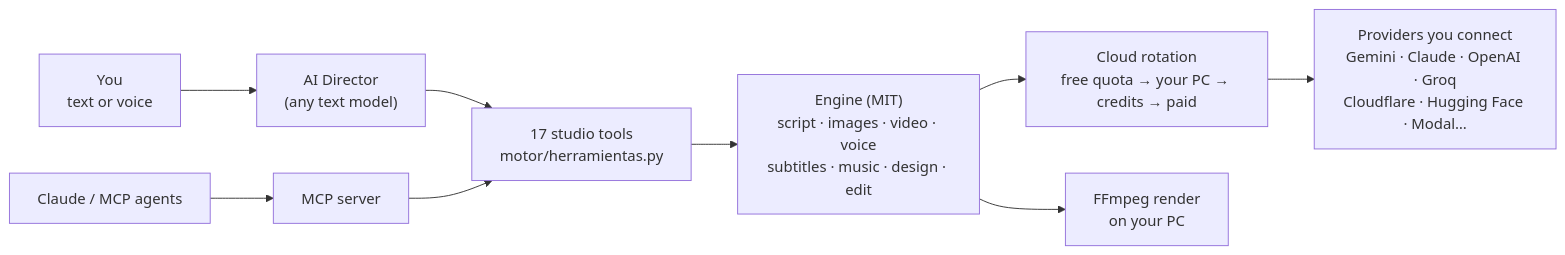
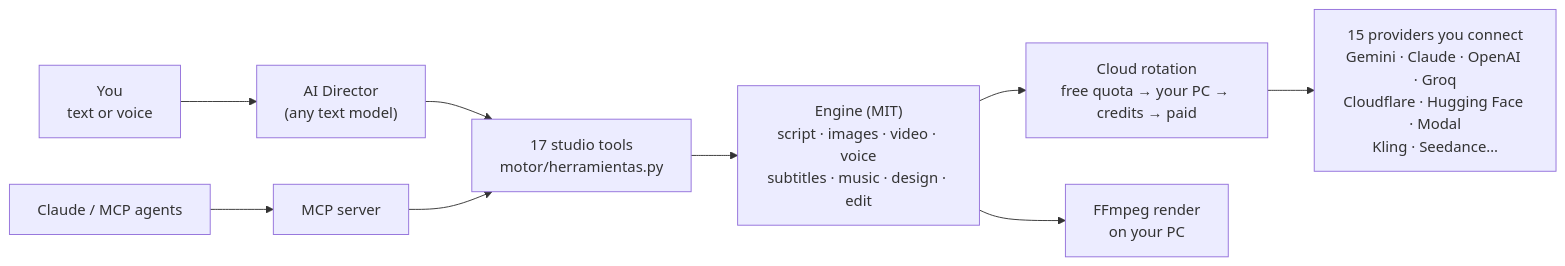
Before and after one commit to santo29/rafaga-studio: the diagram in README.md, drawn with Mermaid. The commit also changed other lines of this file and 28 other files, not shown here.

First line of the commit message:
Kling y Seedance (video de pago) en todo el estudio, y el MCP pregunta antes de gastar

````diff
--- a/README.md
+++ b/README.md
@@ -83,11 +83,11 @@
 ```mermaid
 flowchart LR
     U["You<br/>text or voice"] --> D["AI Director<br/>(any text model)"]
     C["Claude / MCP agents"] --> M["MCP server"]
     D --> T["17 studio tools<br/>motor/herramientas.py"]
     M --> T
     T --> E["Engine (MIT)<br/>script · images · video · voice<br/>subtitles · music · design · edit"]
     E --> R["Cloud rotation<br/>free quota → your PC → credits → paid"]
-    R --> P["Providers you connect<br/>Gemini · Claude · OpenAI · Groq<br/>Cloudflare · Hugging Face · Modal…"]
+    R --> P["15 providers you connect<br/>Gemini · Claude · OpenAI · Groq<br/>Cloudflare · Hugging Face · Modal<br/>Kling · Seedance…"]
     E --> F["FFmpeg render<br/>on your PC"]
 ```
````
